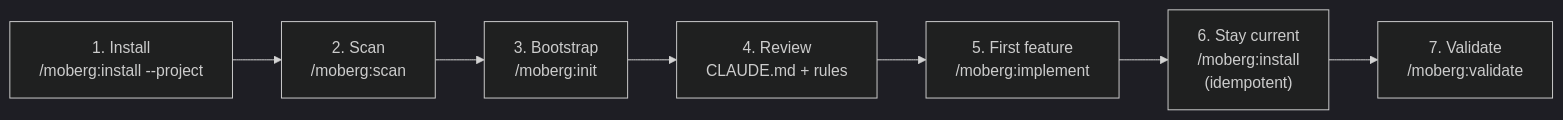
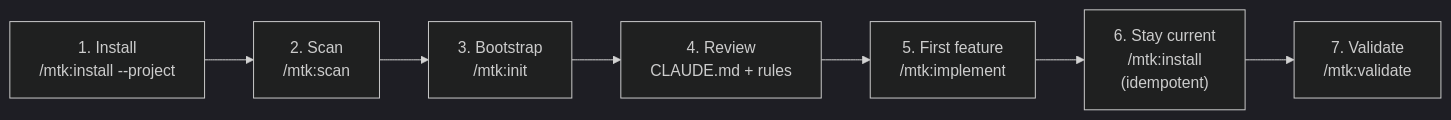
One commit to moberghr/mtk-agent-toolkit changed the seventh of 8 diagrams in README.md. Above: the diagram before and after it, drawn with Mermaid (dark theme). The commit also changed other lines of this file and 21 other files, not shown here.

````diff
--- a/README.md
+++ b/README.md
@@ -456,9 +456,9 @@
 ```mermaid
 graph LR
-    A["1. Install<br/>/moberg:install --project"] --> B["2. Scan<br/>/moberg:scan"]
-    B --> C["3. Bootstrap<br/>/moberg:init"]
+    A["1. Install<br/>/mtk:install --project"] --> B["2. Scan<br/>/mtk:scan"]
+    B --> C["3. Bootstrap<br/>/mtk:init"]
     C --> D["4. Review<br/>CLAUDE.md + rules"]
-    D --> E["5. First feature<br/>/moberg:implement"]
-    E --> F["6. Stay current<br/>/moberg:install<br/>(idempotent)"]
-    F --> G["7. Validate<br/>/moberg:validate"]
+    D --> E["5. First feature<br/>/mtk:implement"]
+    E --> F["6. Stay current<br/>/mtk:install<br/>(idempotent)"]
+    F --> G["7. Validate<br/>/mtk:validate"]
 ```
````
